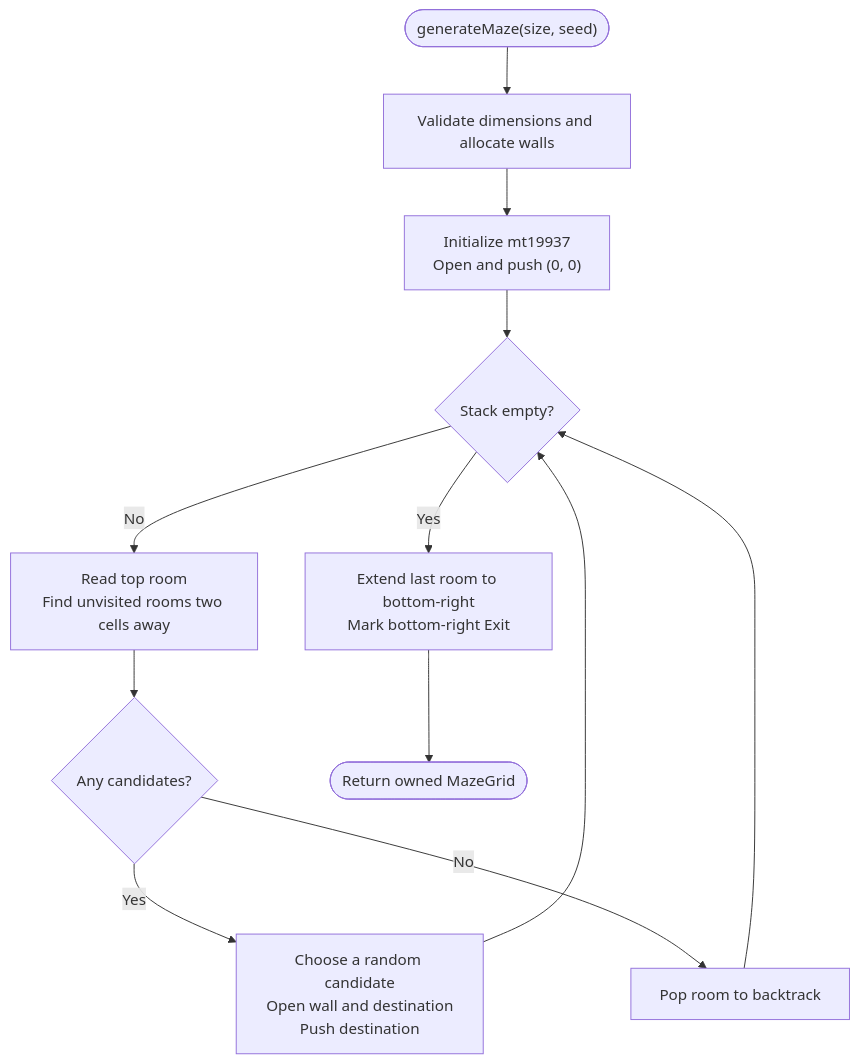
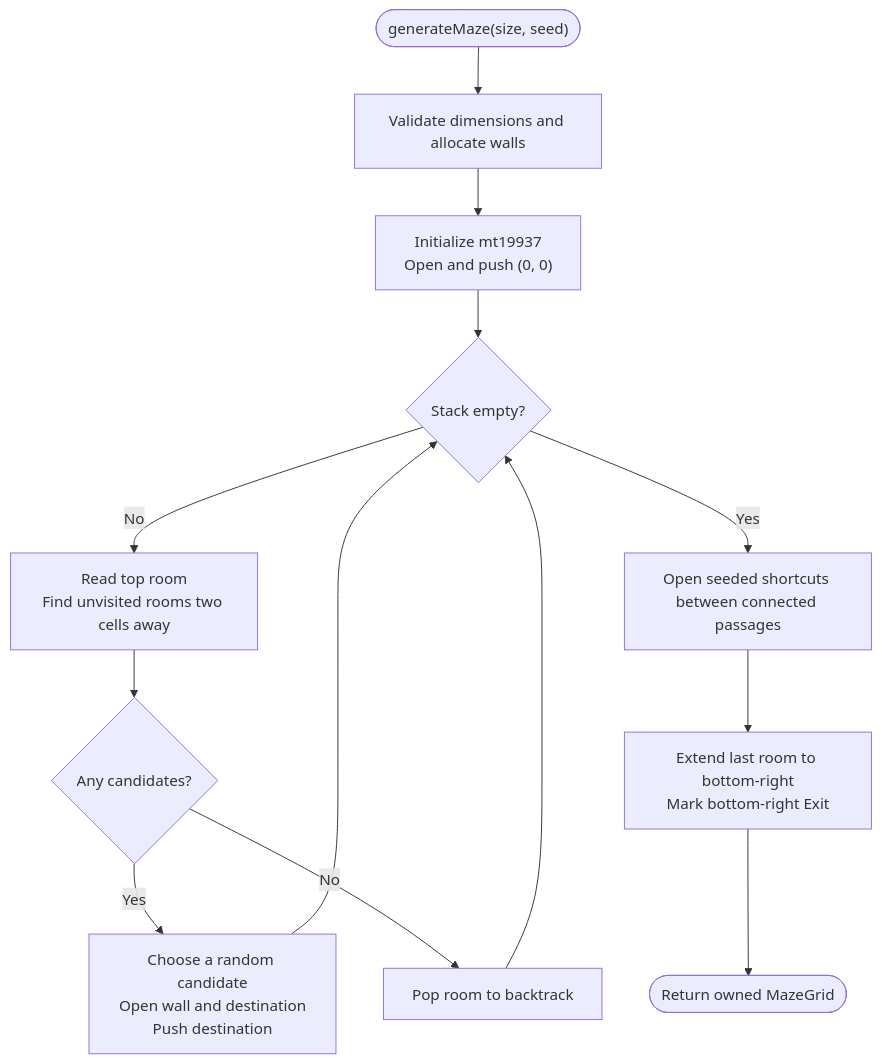
Before and after one commit to RMKolibarov24/NXRP: the first of 6 diagrams in docs/ALGORITHMS.md, drawn with Mermaid. The commit also changed other lines of this file and 71 other files, not shown here.

````diff
--- a/docs/ALGORITHMS.md
+++ b/docs/ALGORITHMS.md
@@ -12,14 +12,15 @@
 ```mermaid
 flowchart TD
     A(["generateMaze(size, seed)"]) --> B["Validate dimensions and allocate walls"]
     B --> C["Initialize mt19937<br/>Open and push (0, 0)"]
     C --> D{"Stack empty?"}
     D -- No --> E["Read top room<br/>Find unvisited rooms two cells away"]
     E --> F{"Any candidates?"}
     F -- Yes --> G["Choose a random candidate<br/>Open wall and destination<br/>Push destination"]
     G --> D
     F -- No --> H["Pop room to backtrack"]
     H --> D
-    D -- Yes --> I["Extend last room to bottom-right<br/>Mark bottom-right Exit"]
+    D -- Yes --> K["Open seeded shortcuts between connected passages"]
+    K --> I["Extend last room to bottom-right<br/>Mark bottom-right Exit"]
     I --> J(["Return owned MazeGrid"])
 ```
````
